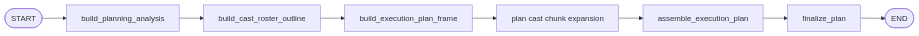
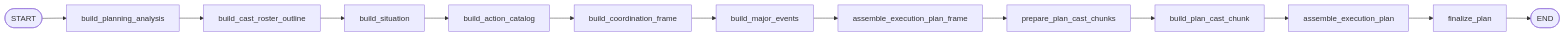
Before and after one commit to keonho-kim/simula: the diagram in docs/workflows/planning.md, drawn with Mermaid. The commit also changed other lines of this file and 204 other files, not shown here.

````diff
--- a/docs/workflows/planning.md
+++ b/docs/workflows/planning.md
@@ -8,10 +7,15 @@
 ```mermaid
 flowchart LR
     Start([START]) --> Analysis["build_planning_analysis"]
     Analysis --> Outline["build_cast_roster_outline"]
-    Outline --> Frame["build_execution_plan_frame"]
-    Frame --> Chunks["plan cast chunk expansion"]
-    Chunks --> Assemble["assemble_execution_plan"]
+    Outline --> Situation["build_situation"]
+    Situation --> Catalog["build_action_catalog"]
+    Catalog --> Coordination["build_coordination_frame"]
+    Coordination --> Events["build_major_events"]
+    Events --> Frame["assemble_execution_plan_frame"]
+    Frame --> Chunks["prepare_plan_cast_chunks"]
+    Chunks --> Cast["build_plan_cast_chunk"]
+    Cast --> Assemble["assemble_execution_plan"]
     Assemble --> Finalize["finalize_plan"]
     Finalize --> End([END])
 ```
````
